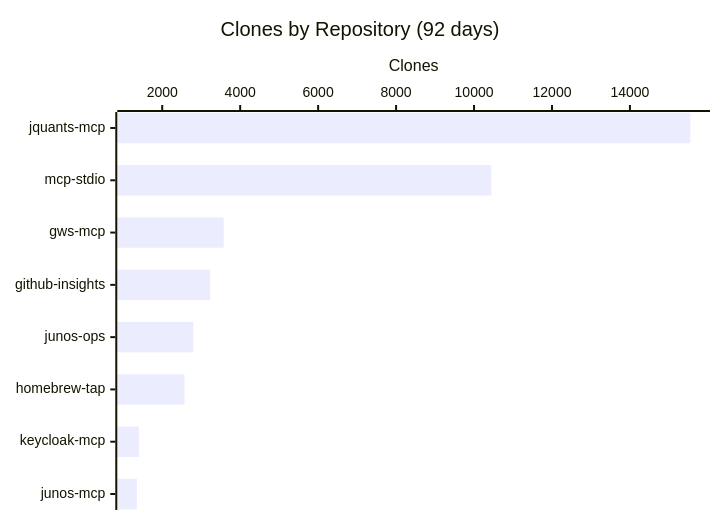
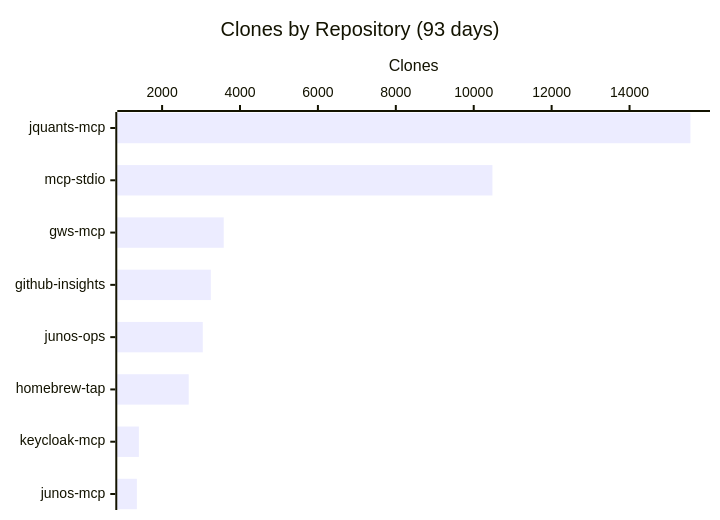
One commit to shigechika/github-insights changed the third of 3 diagrams in README.md. Above: the diagram before and after it, drawn with Mermaid. The commit also changed other lines of this file and 2 other files, not shown here.

````diff
--- a/README.md
+++ b/README.md
@@ -43,7 +43,7 @@
 ```mermaid
 xychart-beta horizontal
-    title "Clones by Repository (92 days)"
+    title "Clones by Repository (93 days)"
     x-axis ["jquants-mcp", "mcp-stdio", "gws-mcp", "github-insights", "junos-ops", "homebrew-tap", "keycloak-mcp", "junos-mcp"]
     y-axis "Clones"
-    bar [15552, 10442, 3578, 3232, 2795, 2571, 1401, 1349]
+    bar [15563, 10480, 3582, 3251, 3044, 2683, 1404, 1352]
 ```
````
